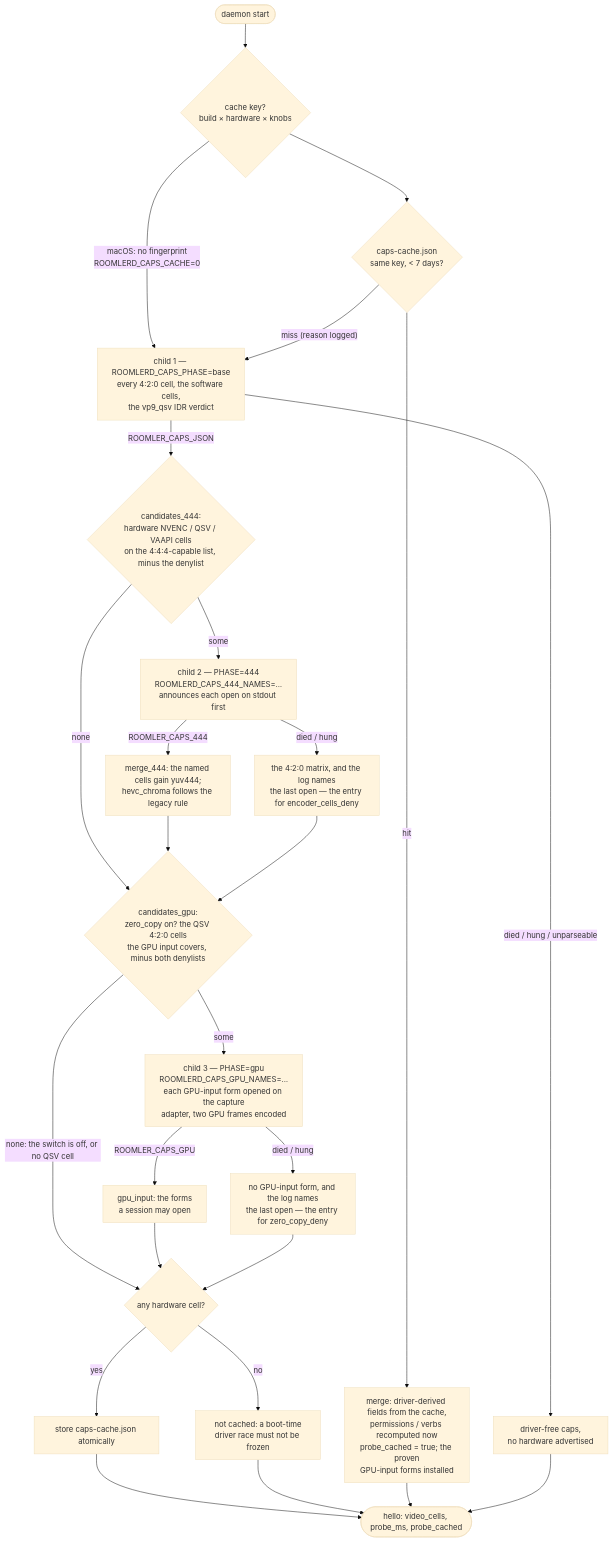
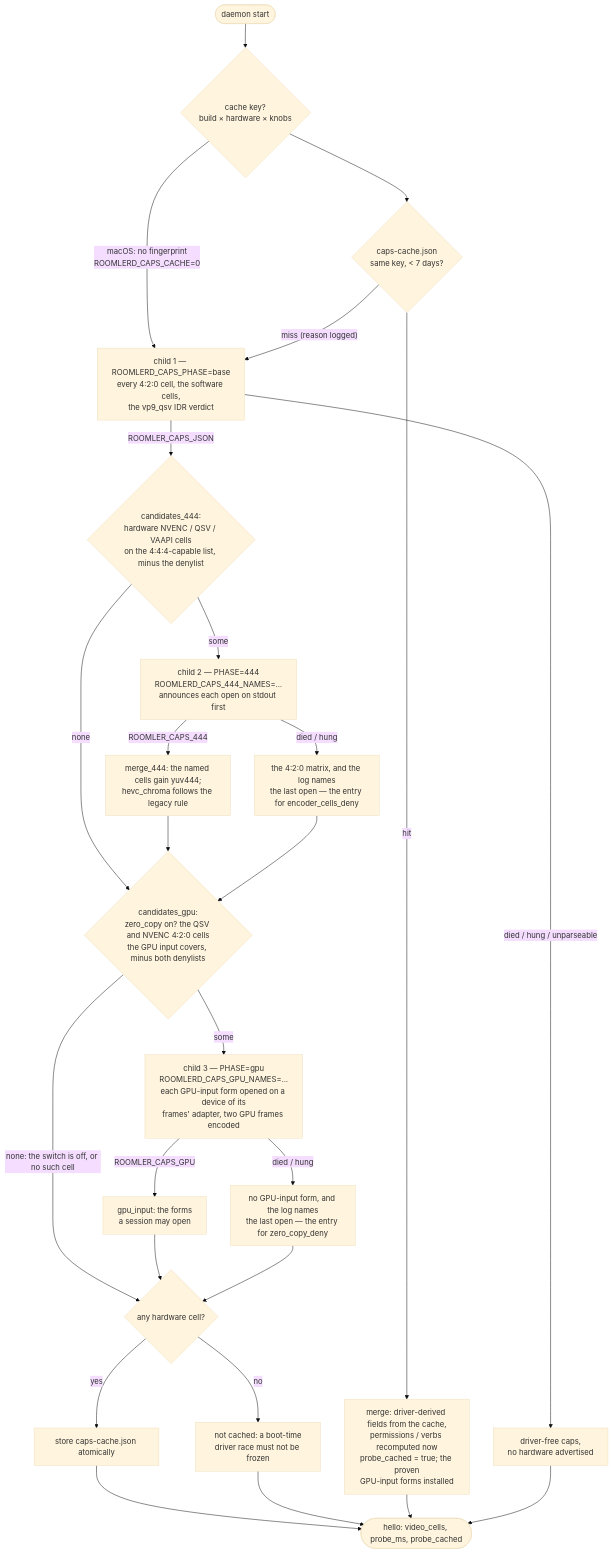
The third of 9 diagrams in docs/encoders.md (gjovanov/roomler-ai), drawn with Mermaid (base theme) before and after one commit. The commit also changed other lines of this file and 18 other files, not shown here.

First line of the commit message:
feat(fr-118): P3 — the WGC arm hands NVENC its frames on the GPU

````diff
--- a/docs/encoders.md
+++ b/docs/encoders.md
@@ -192,29 +192,29 @@
 ```mermaid
 flowchart TD
     S([daemon start]) --> K{cache key?<br/>build × hardware × knobs}
     K -- "macOS: no fingerprint<br/>ROOMLERD_CAPS_CACHE=0" --> B
     K --> L{caps-cache.json<br/>same key, < 7 days?}
     L -- hit --> M[merge: driver-derived fields from the cache,<br/>permissions / verbs recomputed now<br/>probe_cached = true; the proven<br/>GPU-input forms installed]
     L -- "miss (reason logged)" --> B["child 1 — ROOMLERD_CAPS_PHASE=base<br/>every 4:2:0 cell, the software cells,<br/>the vp9_qsv IDR verdict"]
     B -- "died / hung / unparseable" --> F[driver-free caps,<br/>no hardware advertised]
     B -- ROOMLER_CAPS_JSON --> C{candidates_444:<br/>hardware NVENC / QSV / VAAPI cells<br/>on the 4:4:4-capable list, minus the denylist}
     C -- none --> P
     C -- some --> T["child 2 — PHASE=444<br/>ROOMLERD_CAPS_444_NAMES=…<br/>announces each open on stdout first"]
     T -- ROOMLER_CAPS_444 --> G[merge_444: the named cells gain yuv444;<br/>hevc_chroma follows the legacy rule]
     T -- "died / hung" --> H2["the 4:2:0 matrix, and the log names<br/>the last open — the entry for encoder_cells_deny"]
     G --> P
     H2 --> P
-    P{candidates_gpu:<br/>zero_copy on? the QSV 4:2:0 cells<br/>the GPU input covers, minus both denylists}
-    P -- "none: the switch is off, or no QSV cell" --> W
-    P -- some --> U["child 3 — PHASE=gpu<br/>ROOMLERD_CAPS_GPU_NAMES=…<br/>each GPU-input form opened on the capture<br/>adapter, two GPU frames encoded"]
+    P{candidates_gpu:<br/>zero_copy on? the QSV and NVENC 4:2:0 cells<br/>the GPU input covers, minus both denylists}
+    P -- "none: the switch is off, or no such cell" --> W
+    P -- some --> U["child 3 — PHASE=gpu<br/>ROOMLERD_CAPS_GPU_NAMES=…<br/>each GPU-input form opened on a device of its<br/>frames' adapter, two GPU frames encoded"]
     U -- ROOMLER_CAPS_GPU --> V[gpu_input: the forms<br/>a session may open]
     U -- "died / hung" --> V2["no GPU-input form, and the log names<br/>the last open — the entry for zero_copy_deny"]
     V --> W{any hardware cell?}
     V2 --> W
     W -- yes --> ST[store caps-cache.json atomically]
     W -- no --> N[not cached: a boot-time<br/>driver race must not be frozen]
     ST --> H([hello: video_cells, probe_ms, probe_cached])
     N --> H
     M --> H
     F --> H
 ```
````
